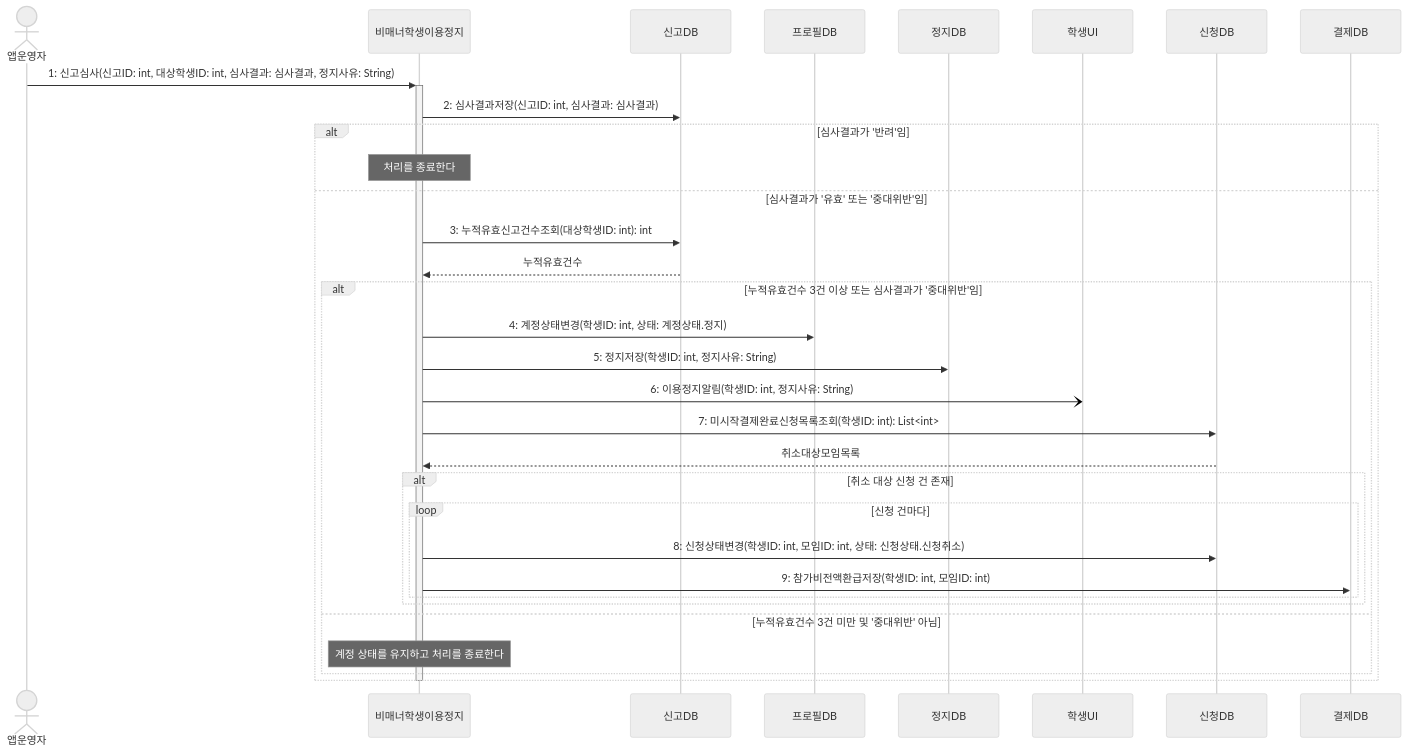
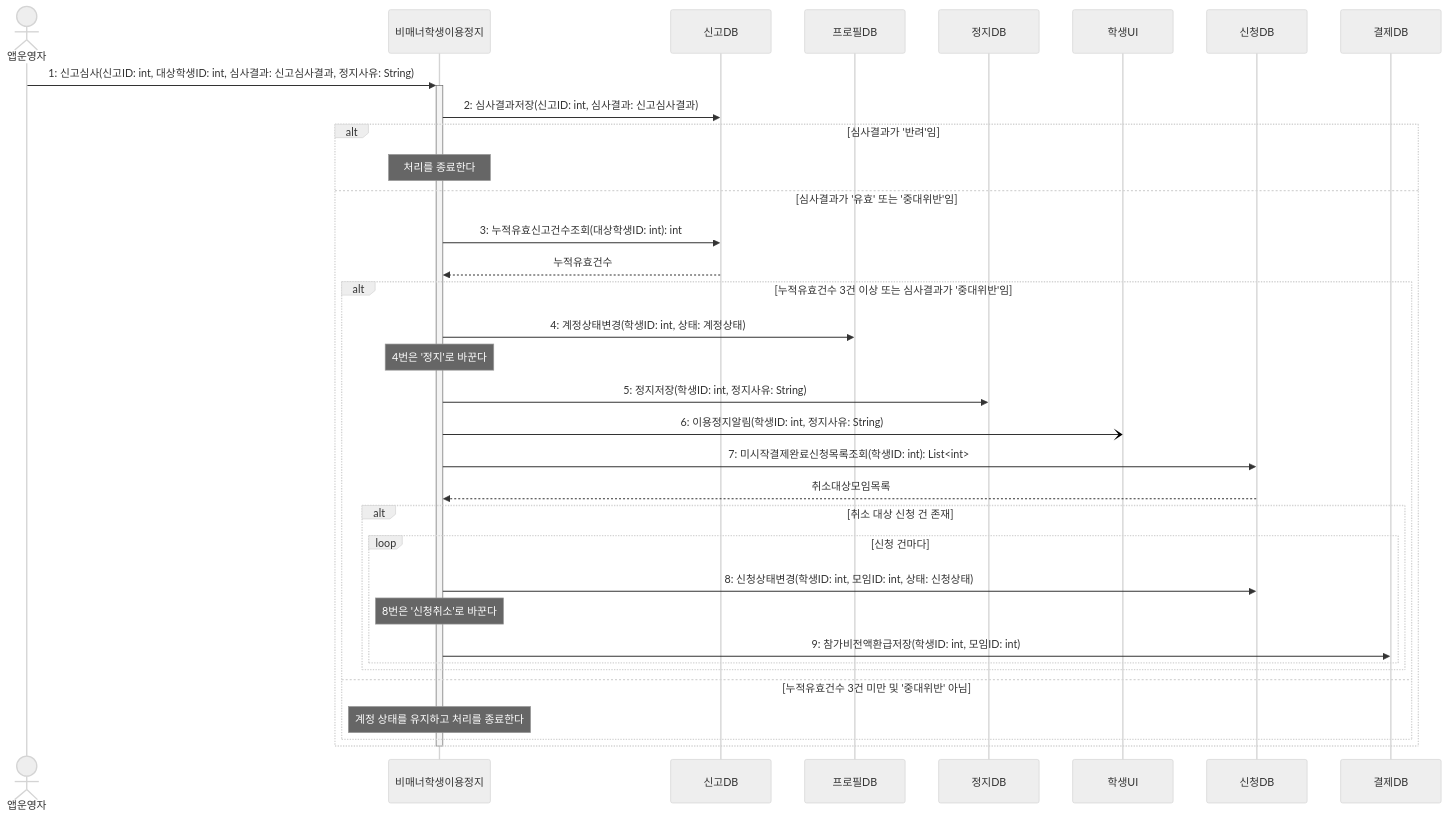
Before and after one commit to hojae3/sw-engineering-16: the diagram in sequence/seq-13.md, drawn with Mermaid (neutral theme). The commit also changed 35 other files, not shown here.

````diff
--- a/sequence/seq-13.md
+++ b/sequence/seq-13.md
@@ -27,39 +27,41 @@
 ```mermaid
 sequenceDiagram
     actor 앱운영자
     participant 정지 as 비매너학생이용정지
     participant 신고DB as 신고DB
     participant 프로필DB as 프로필DB
     participant 정지DB as 정지DB
     participant 학생UI as 학생UI
     participant 신청DB as 신청DB
     participant 결제DB as 결제DB
 
-    앱운영자->>+정지: 1: 신고심사(신고ID: int, 대상학생ID: int, 심사결과: 심사결과, 정지사유: String)
-    정지->>신고DB: 2: 심사결과저장(신고ID: int, 심사결과: 심사결과)
+    앱운영자->>+정지: 1: 신고심사(신고ID: int, 대상학생ID: int, 심사결과: 신고심사결과, 정지사유: String)
+    정지->>신고DB: 2: 심사결과저장(신고ID: int, 심사결과: 신고심사결과)
 
     alt 심사결과가 '반려'임
         Note over 정지: 처리를 종료한다
     else 심사결과가 '유효' 또는 '중대위반'임
         정지->>신고DB: 3: 누적유효신고건수조회(대상학생ID: int): int
         신고DB-->>정지: 누적유효건수
 
         alt 누적유효건수 3건 이상 또는 심사결과가 '중대위반'임
-            정지->>프로필DB: 4: 계정상태변경(학생ID: int, 상태: 계정상태.정지)
+            정지->>프로필DB: 4: 계정상태변경(학생ID: int, 상태: 계정상태)
+            Note over 정지: 4번은 '정지'로 바꾼다
             정지->>정지DB: 5: 정지저장(학생ID: int, 정지사유: String)
             정지-)학생UI: 6: 이용정지알림(학생ID: int, 정지사유: String)
             정지->>신청DB: 7: 미시작결제완료신청목록조회(학생ID: int): List<int>
             신청DB-->>정지: 취소대상모임목록
 
             alt 취소 대상 신청 건 존재
                 loop 신청 건마다
-                    정지->>신청DB: 8: 신청상태변경(학생ID: int, 모임ID: int, 상태: 신청상태.신청취소)
+                    정지->>신청DB: 8: 신청상태변경(학생ID: int, 모임ID: int, 상태: 신청상태)
+                    Note over 정지: 8번은 '신청취소'로 바꾼다
                     정지->>결제DB: 9: 참가비전액환급저장(학생ID: int, 모임ID: int)
                 end
             end
         else 누적유효건수 3건 미만 및 '중대위반' 아님
             Note over 정지: 계정 상태를 유지하고 처리를 종료한다
         end
     end
     deactivate 정지
 ```
````
